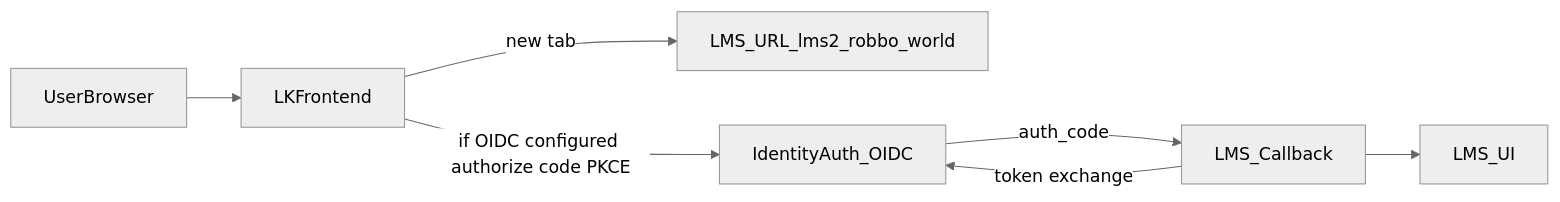
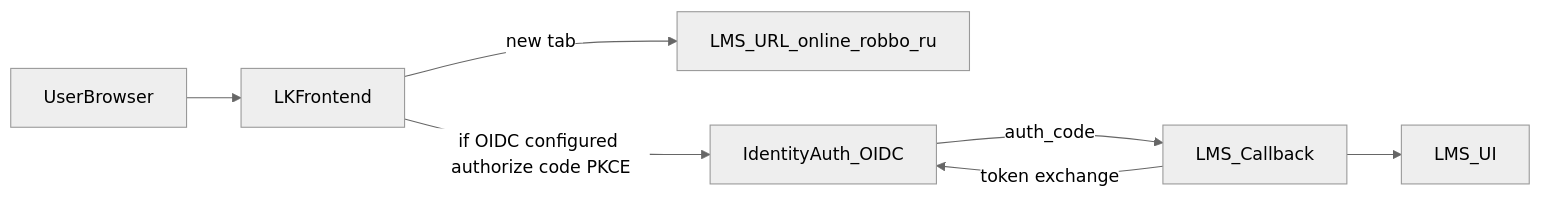
The third of 3 diagrams in architecture/ARCHITECTURE.md (gamr416/robbo_personal_account), drawn with Mermaid (neutral theme) before and after one commit. The commit also changed 3 other files, not shown here.

````diff
--- a/architecture/ARCHITECTURE.md
+++ b/architecture/ARCHITECTURE.md
@@ -49,9 +49,9 @@
 ```mermaid
 flowchart LR
   user[UserBrowser] --> lk[LKFrontend]
-  lk -->|new tab| lmsUrl[LMS_URL_lms2_robbo_world]
+  lk -->|new tab| lmsUrl[LMS_URL_online_robbo_ru]
   lk -->|if OIDC configured authorize code PKCE| idp[IdentityAuth_OIDC]
   idp -->|auth_code| lmsCb[LMS_Callback]
   lmsCb -->|token exchange| idp
   lmsCb --> lmsUi[LMS_UI]
 ```
````
